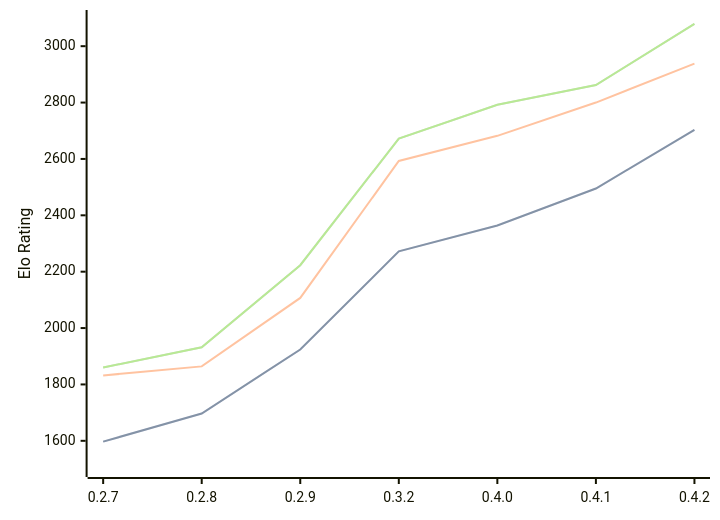
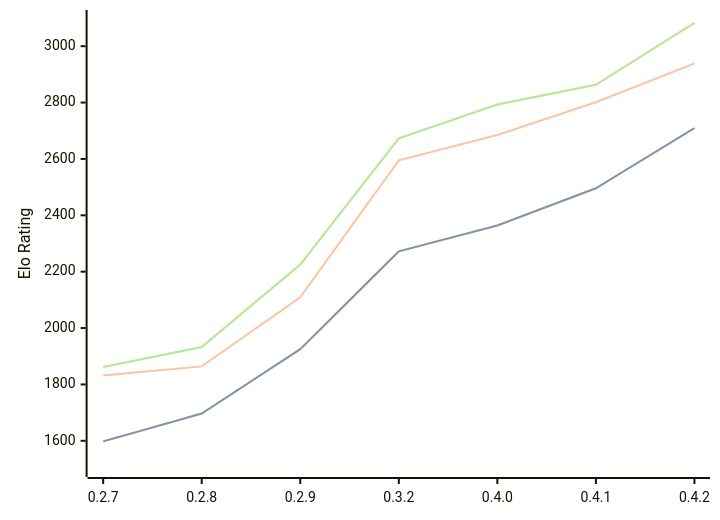
Before and after one commit to computer-chess-index/cci: the diagram in engines/Dual.md, drawn with Mermaid. The commit also changed other lines of this file, not shown here.

Commit message:
Update CCI Ratings (ELO VLTC) - 2026-09-01

````diff
--- a/engines/Dual.md
+++ b/engines/Dual.md
@@ -39,11 +39,11 @@
 ```mermaid
 %%{init: {"theme":"base","themeVariables":{"seriesColors:['#a3a3a3','#222221','#faa371']}}}%%
 xychart-beta
   x-axis ["0.2.7", "0.2.8", "0.2.9", "0.3.2", "0.4.0", "0.4.1", "0.4.2"]
   y-axis "Elo Rating" 1500 --> 3100
-  line "" [1597, 1697, 1924, 2272, 2364, 2495, 2703]
-  line "STC (8.0+0.08s)" [1597, 1697, 1924, 2272, 2364, 2495, 2703]
-  line "LTC (60.0+0.60s)" [1832, 1864, 2107, 2593, 2682, 2800, 2938]
-  line "" [1860, 1932, 2223, 2672, 2792, 2862, 3079]
-  line "VLTC (2m24s+1.12s)" [1860, 1932, 2223, 2672, 2792, 2862, 3079]
+  line "" [1598, 1697, 1925, 2272, 2364, 2496, 2709]
+  line "STC (8.0+0.08s)" [1598, 1697, 1925, 2272, 2364, 2496, 2709]
+  line "LTC (60.0+0.60s)" [1832, 1864, 2109, 2595, 2685, 2801, 2939]
+  line "" [1862, 1933, 2225, 2673, 2793, 2863, 3083]
+  line "VLTC (2m24s+1.12s)" [1862, 1933, 2225, 2673, 2793, 2863, 3083]
 ```
````
